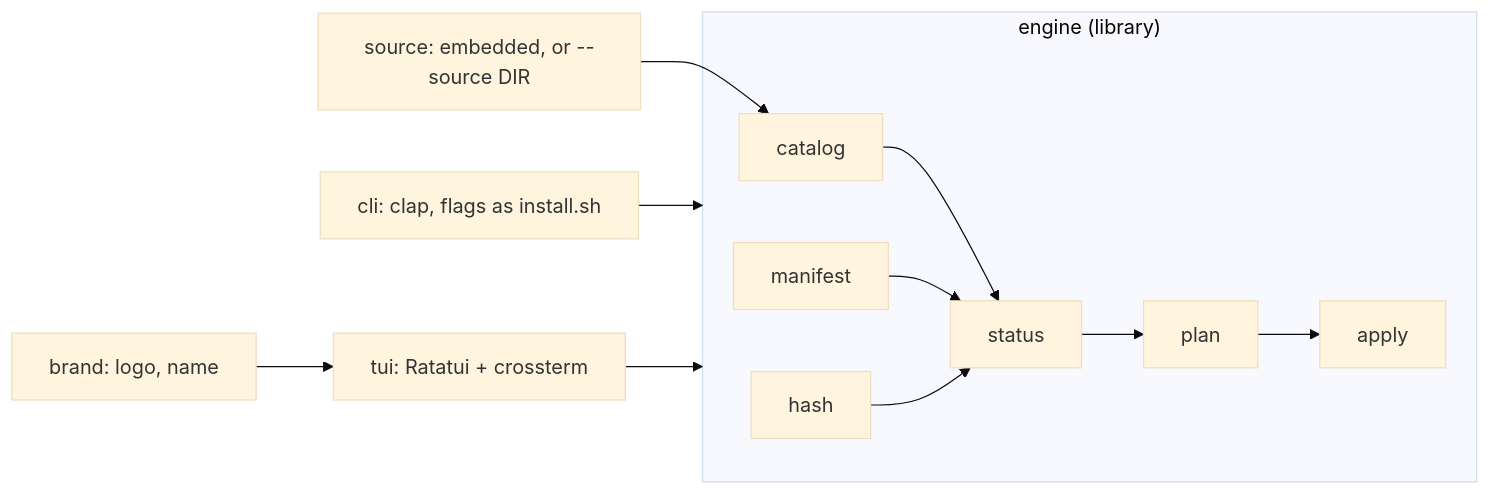
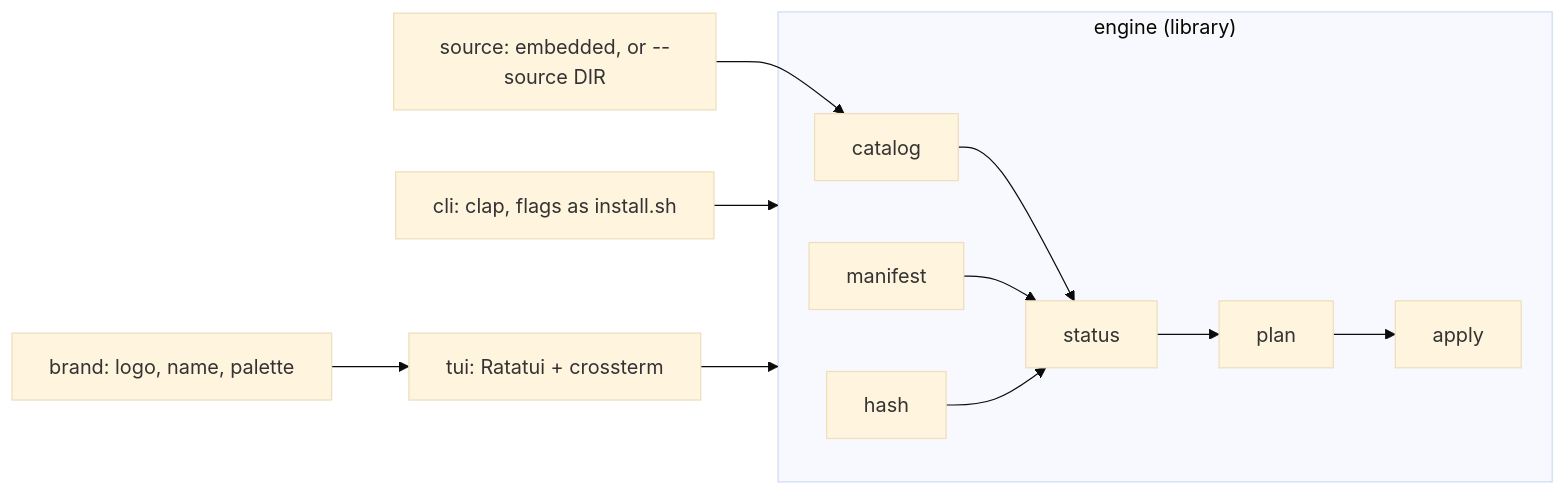
One commit to DNRN/agentic-field-kit changed the diagram in docs/plans/rust-installer.md. Above: the diagram before and after it, drawn with Mermaid (base theme). The commit also changed other lines of this file and 12 other files, not shown here.

````diff
--- a/docs/plans/rust-installer.md
+++ b/docs/plans/rust-installer.md
@@ -48,13 +50,13 @@
 ```mermaid
 flowchart LR
   CLI["cli: clap, flags as install.sh"] --> E
   UI["tui: Ratatui + crossterm"] --> E
   subgraph E["engine (library)"]
     CAT["catalog"] --> ST["status"]
     MAN["manifest"] --> ST
     H["hash"] --> ST
     ST --> PL["plan"] --> AP["apply"]
   end
   SRC["source: embedded, or --source DIR"] --> CAT
-  BR["brand: logo, name"] --> UI
+  BR["brand: logo, name, palette"] --> UI
 ```
````
